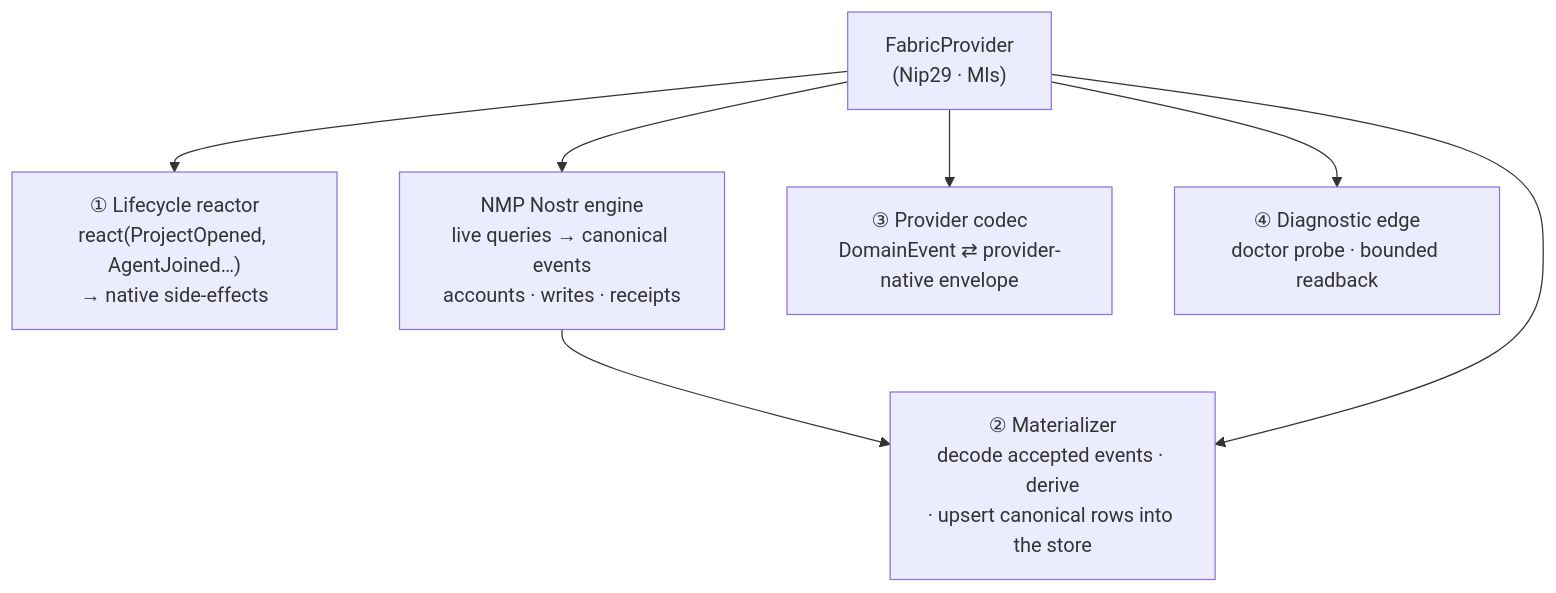
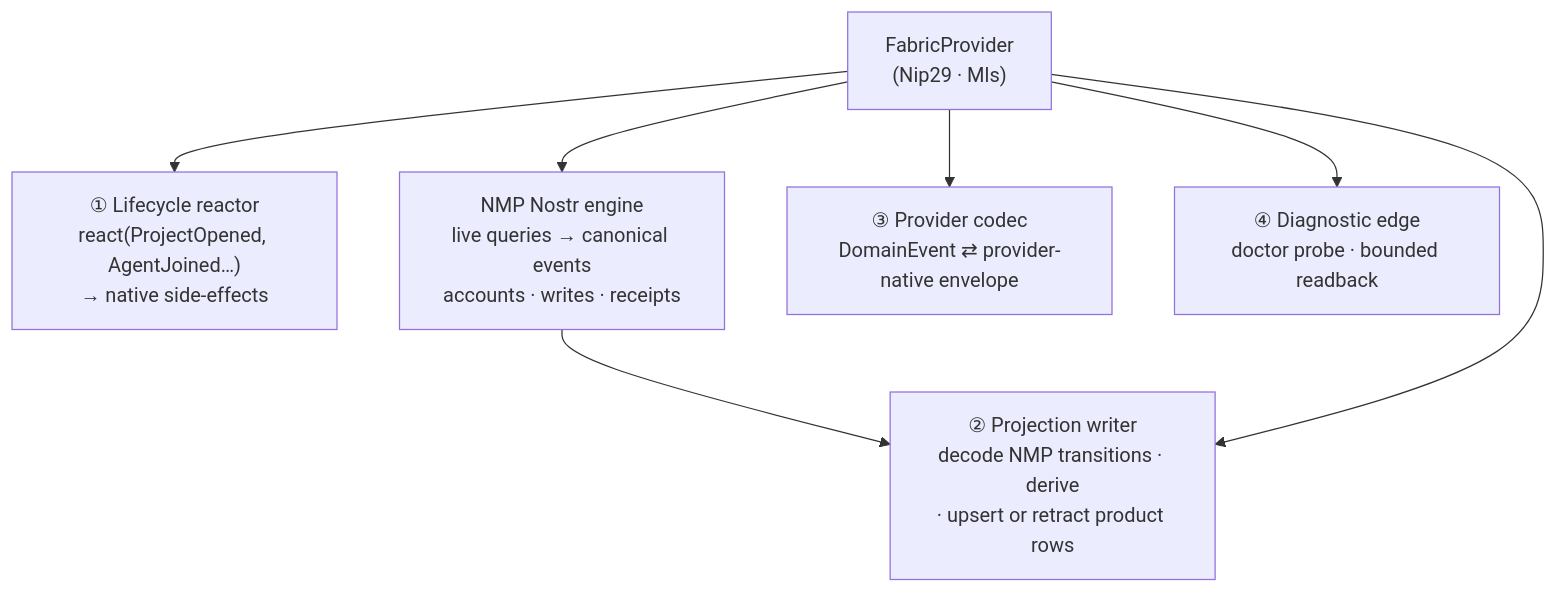
The fourth of 6 diagrams in docs/fabric-architecture.md (pablof7z/mosaico), drawn with Mermaid before and after one commit. The commit also changed other lines of this file and 26 other files, not shown here.

````diff
--- a/docs/fabric-architecture.md
+++ b/docs/fabric-architecture.md
@@ -289,10 +289,10 @@
 ```mermaid
 flowchart TD
     PROVIDER["FabricProvider<br/>(Nip29 · Mls)"]
     PROVIDER --> L["① Lifecycle reactor<br/>react(ProjectOpened, AgentJoined…)<br/>→ native side-effects"]
     NMP["NMP Nostr engine<br/>live queries → canonical events<br/>accounts · writes · receipts"] --> M
-    PROVIDER --> M["② Materializer<br/>decode accepted events · derive<br/>· upsert canonical rows into the store"]
+    PROVIDER --> M["② Projection writer<br/>decode NMP transitions · derive<br/>· upsert or retract product rows"]
     PROVIDER --> W["③ Provider codec<br/>DomainEvent ⇄ provider-native envelope"]
     PROVIDER --> D["④ Diagnostic edge<br/>doctor probe · bounded readback"]
     PROVIDER --> NMP
 ```
````
